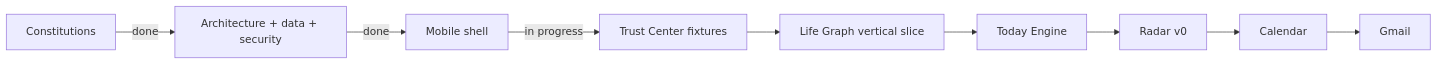
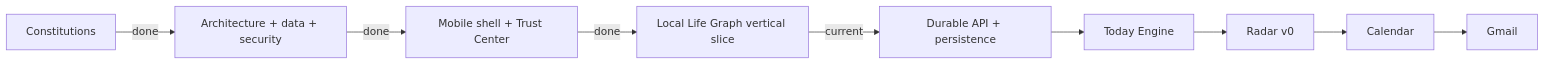
One commit to seq23/aplayer-mode changed the second of 2 diagrams in docs/README.md. Above: the diagram before and after it, drawn with Mermaid. The commit also changed other lines of this file, not shown here.

Commit message:
docs: sync index with live Life Graph vertical slice

````diff
--- a/docs/README.md
+++ b/docs/README.md
@@ -45,11 +47,11 @@
 ```mermaid
 flowchart LR
   A[Constitutions] -->|done| B[Architecture + data + security]
-  B -->|done| C[Mobile shell]
-  C -->|in progress| D[Trust Center fixtures]
-  D --> E[Life Graph vertical slice]
+  B -->|done| C[Mobile shell + Trust Center]
+  C -->|done| D[Local Life Graph vertical slice]
+  D -->|current| E[Durable API + persistence]
   E --> F[Today Engine]
   F --> G[Radar v0]
   G --> H[Calendar]
   H --> I[Gmail]
 ```
````
